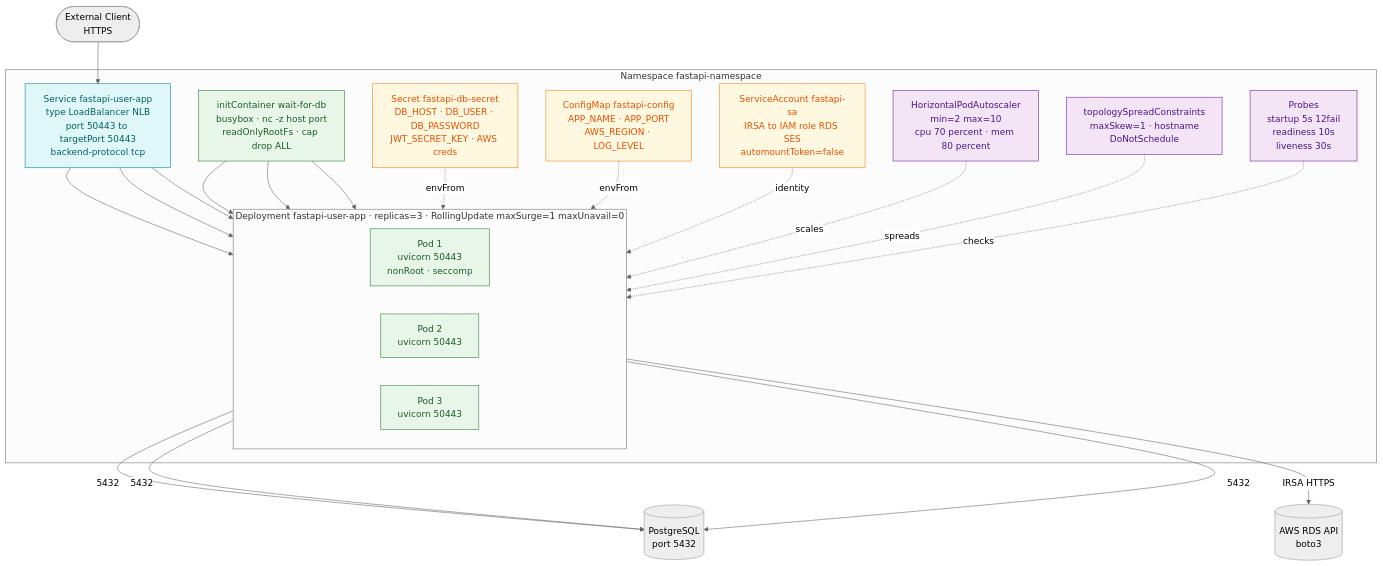
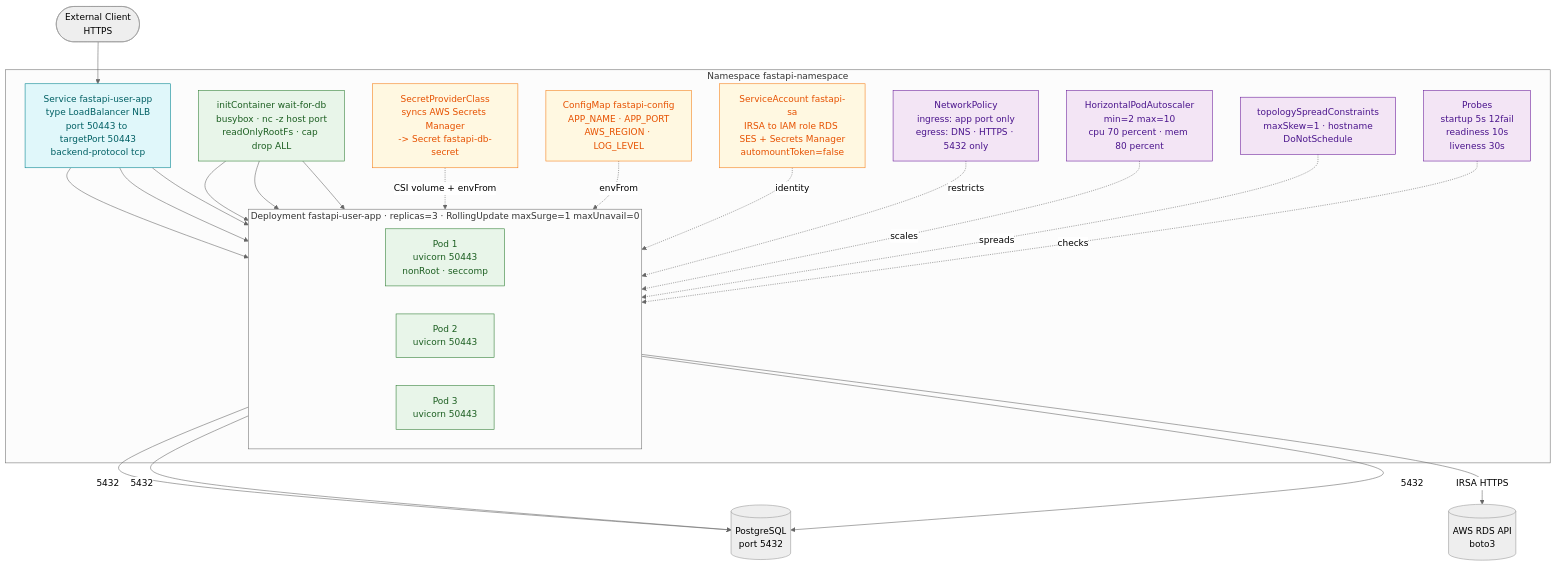
One commit to skondla/fastAPIWebApp changed the ninth of 14 diagrams in README.md. Above: the diagram before and after it, drawn with Mermaid (neutral theme). The commit also changed other lines of this file and 11 other files, not shown here.

````diff
--- a/README.md
+++ b/README.md
@@ -818,58 +824,61 @@
 ```mermaid
 flowchart TB
     classDef svc fill:#E0F7FA,stroke:#00838F,color:#006064
     classDef pod fill:#E8F5E9,stroke:#2E7D32,color:#1B5E20
     classDef cfg fill:#FFF8E1,stroke:#F57F17,color:#E65100
     classDef hpa fill:#F3E5F5,stroke:#6A1B9A,color:#4A148C
 
     EXT([External Client<br/>HTTPS])
     EXT --> NLB
 
     subgraph NS["Namespace fastapi-namespace"]
         NLB["Service fastapi-user-app<br/>type LoadBalancer NLB<br/>port 50443 to targetPort 50443<br/>backend-protocol tcp"]:::svc
 
         subgraph DEP["Deployment fastapi-user-app · replicas=3 · RollingUpdate maxSurge=1 maxUnavail=0"]
             direction LR
             P1["Pod 1<br/>uvicorn 50443<br/>nonRoot · seccomp"]:::pod
             P2["Pod 2<br/>uvicorn 50443"]:::pod
             P3["Pod 3<br/>uvicorn 50443"]:::pod
         end
 
         INIT["initContainer wait-for-db<br/>busybox · nc -z host port<br/>readOnlyRootFs · cap drop ALL"]:::pod
 
         HPA["HorizontalPodAutoscaler<br/>min=2 max=10<br/>cpu 70 percent · mem 80 percent"]:::hpa
 
-        SECRET["Secret fastapi-db-secret<br/>DB_HOST · DB_USER · DB_PASSWORD<br/>JWT_SECRET_KEY · AWS creds"]:::cfg
+        CSI["SecretProviderClass<br/>syncs AWS Secrets Manager<br/>-> Secret fastapi-db-secret"]:::cfg
         CM["ConfigMap fastapi-config<br/>APP_NAME · APP_PORT<br/>AWS_REGION · LOG_LEVEL"]:::cfg
 
-        SA["ServiceAccount fastapi-sa<br/>IRSA to IAM role RDS SES<br/>automountToken=false"]:::cfg
+        SA["ServiceAccount fastapi-sa<br/>IRSA to IAM role RDS SES + Secrets Manager<br/>automountToken=false"]:::cfg
+
+        NETPOL["NetworkPolicy<br/>ingress: app port only<br/>egress: DNS · HTTPS · 5432 only"]:::hpa
 
         SPREAD["topologySpreadConstraints<br/>maxSkew=1 · hostname<br/>DoNotSchedule"]:::hpa
 
         TSC["Probes<br/>startup 5s 12fail<br/>readiness 10s<br/>liveness 30s"]:::hpa
     end
 
     PG[("PostgreSQL<br/>port 5432")]
     RDS[("AWS RDS API<br/>boto3")]
 
     NLB --> P1
     NLB --> P2
     NLB --> P3
 
     INIT --> P1
     INIT --> P2
     INIT --> P3
 
-    SECRET -.envFrom.-> P1
+    CSI -.CSI volume + envFrom.-> P1
     CM -.envFrom.-> P1
     SA -.identity.-> P1
+    NETPOL -.restricts.-> P1
 
     HPA -.scales.-> DEP
     SPREAD -.spreads.-> DEP
     TSC -.checks.-> DEP
 
     P1 -->|5432| PG
     P2 -->|5432| PG
     P3 -->|5432| PG
     P1 -->|IRSA HTTPS| RDS
 ```
````
